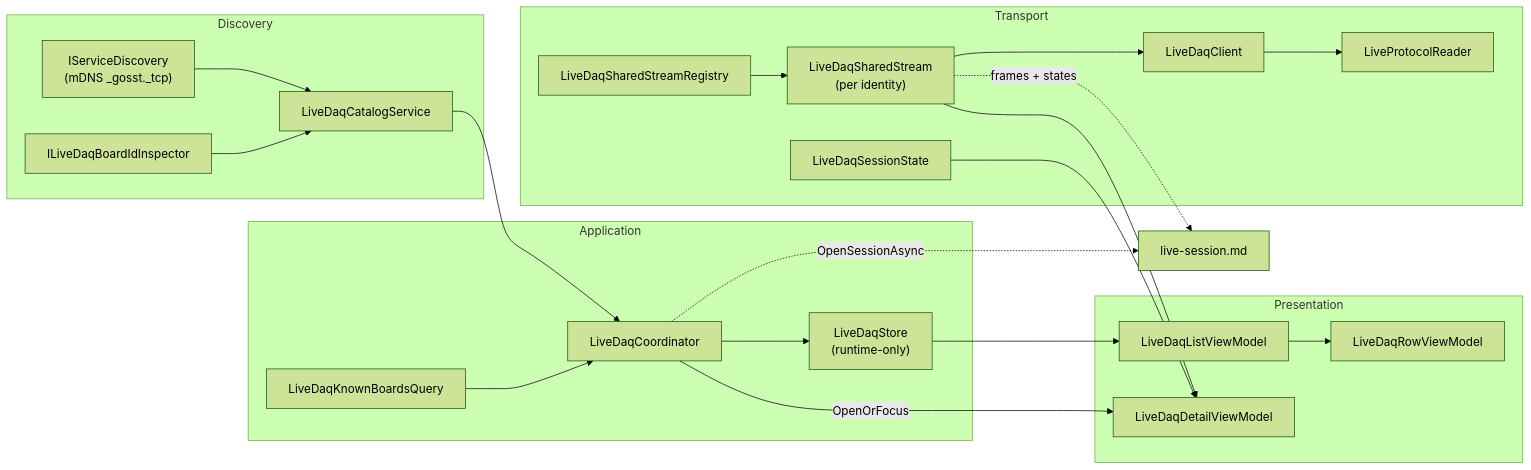
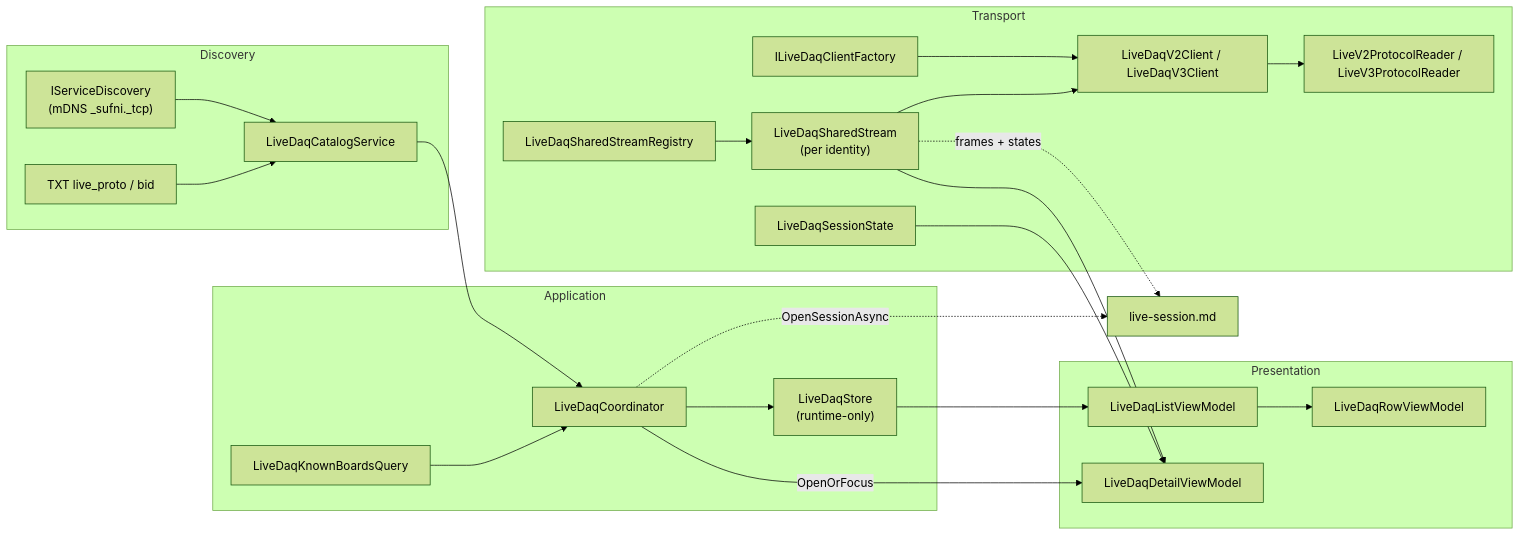
The diagram in docs/architecture/live-streaming.md (MoridinBG/Sufni.app), drawn with Mermaid (forest theme) before and after one commit. The commit also changed other lines of this file and 4 other files, not shown here.

````diff
--- a/docs/architecture/live-streaming.md
+++ b/docs/architecture/live-streaming.md
@@ -27,44 +27,46 @@
 ```mermaid
 graph LR
     subgraph Discovery
-        mDNS["IServiceDiscovery<br/>(mDNS _gosst._tcp)"]
-        Probe["ILiveDaqBoardIdInspector"]
+        mDNS["IServiceDiscovery<br/>(mDNS _sufni._tcp)"]
+        Txt["TXT live_proto / bid"]
         Catalog["LiveDaqCatalogService"]
     end
 
     subgraph Application
         Query["LiveDaqKnownBoardsQuery"]
         Coord["LiveDaqCoordinator"]
         Store["LiveDaqStore<br/>(runtime-only)"]
     end
 
     subgraph Transport
       Registry["LiveDaqSharedStreamRegistry"]
       Shared["LiveDaqSharedStream<br/>(per identity)"]
-      Client["LiveDaqClient"]
-        Reader["LiveProtocolReader"]
+      Factory["ILiveDaqClientFactory"]
+      Client["LiveDaqV2Client / LiveDaqV3Client"]
+        Reader["LiveV2ProtocolReader / LiveV3ProtocolReader"]
       Session["LiveDaqSessionState"]
     end
 
     subgraph Presentation
         ListVM["LiveDaqListViewModel"]
         RowVM["LiveDaqRowViewModel"]
         DetailVM["LiveDaqDetailViewModel"]
     end
 
     mDNS --> Catalog
-    Probe --> Catalog
+    Txt --> Catalog
     Catalog --> Coord
     Query --> Coord
     Coord --> Store
     Store --> ListVM
     ListVM --> RowVM
     Coord -->|"OpenOrFocus"| DetailVM
     Coord -. "OpenSessionAsync" .-> LiveSession["live-session.md"]
     Registry --> Shared
+    Factory --> Client
     Client --> Reader
     Shared --> Client
     Shared --> DetailVM
     Shared -. "frames + states" .-> LiveSession
     Session --> DetailVM
 ```
````
